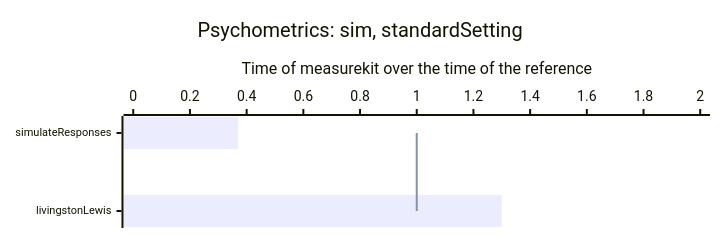
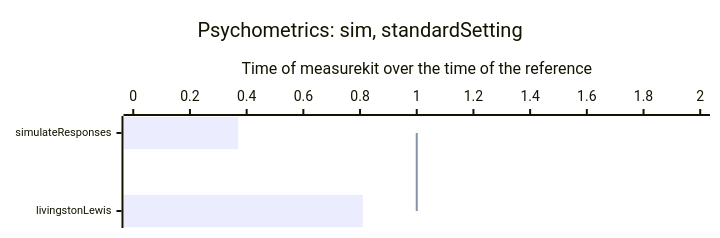
One commit to measurekit/measurekit changed the tenth of 13 diagrams in docs/performance.md. Above: the diagram before and after it, drawn with Mermaid. The commit also changed other lines of this file and 2 other files, not shown here.

````diff
--- a/docs/performance.md
+++ b/docs/performance.md
@@ -103,9 +103,9 @@
 ```mermaid
 %%{init: {"xyChart": {"height": 218, "xAxis": {"labelFontSize": 11}}}}%%
 xychart-beta horizontal
   title "Psychometrics: sim, standardSetting"
   x-axis ["simulateResponses", "livingstonLewis"]
   y-axis "Time of measurekit over the time of the reference" 0 --> 2
-  bar [0.37, 1.3]
+  bar [0.37, 0.81]
   line [1, 1]
 ```
````
